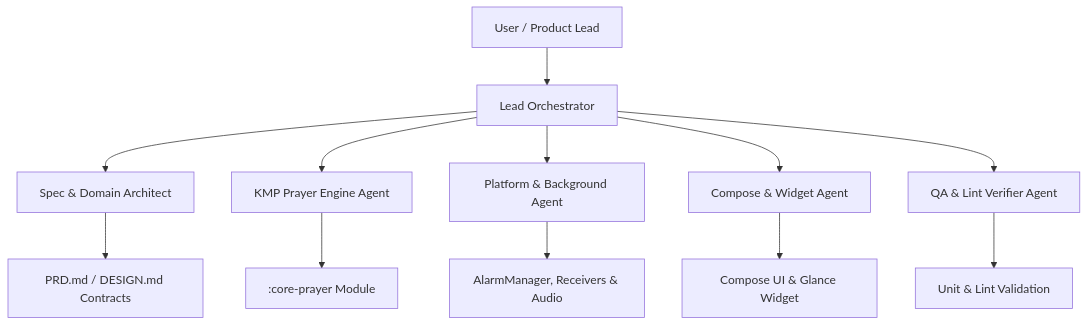
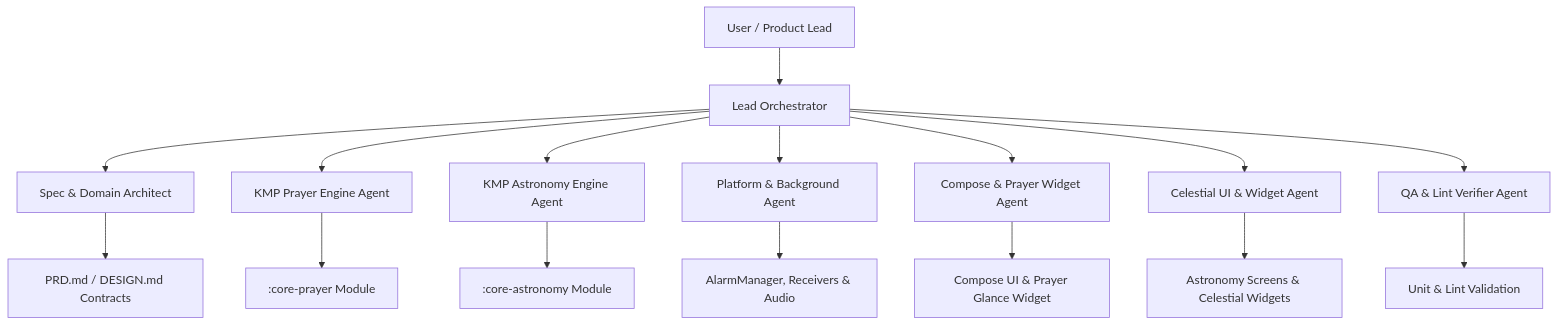
Before and after one commit to Adrian463588/AdzanPlus: the diagram in AGENTS.md, drawn with Mermaid. The commit also changed other lines of this file and 83 other files, not shown here.

Commit message:
feat: complete Sprint 2 astronomy engine, authentic adzan recordings, home widget pinning, and gradle duplicate class resolution

````diff
--- a/AGENTS.md
+++ b/AGENTS.md
@@ -14,15 +15,19 @@
 ```mermaid
 graph TD
     User["User / Product Lead"] --> LeadAgent["Lead Orchestrator"]
     LeadAgent --> Architect["Spec & Domain Architect"]
     LeadAgent --> EngineAgent["KMP Prayer Engine Agent"]
+    LeadAgent --> AstroEngineAgent["KMP Astronomy Engine Agent"]
     LeadAgent --> PlatformAgent["Platform & Background Agent"]
-    LeadAgent --> UIAgent["Compose & Widget Agent"]
+    LeadAgent --> UIAgent["Compose & Prayer Widget Agent"]
+    LeadAgent --> CelestialUIAgent["Celestial UI & Widget Agent"]
     LeadAgent --> QAAgent["QA & Lint Verifier Agent"]
-    
+
     Architect --> PRD["PRD.md / DESIGN.md Contracts"]
     EngineAgent --> CorePrayer[":core-prayer Module"]
+    AstroEngineAgent --> CoreAstronomy[":core-astronomy Module"]
     PlatformAgent --> AlarmManager["AlarmManager, Receivers & Audio"]
-    UIAgent --> ComposeScreens["Compose UI & Glance Widget"]
+    UIAgent --> ComposeScreens["Compose UI & Prayer Glance Widget"]
+    CelestialUIAgent --> AstroScreens["Astronomy Screens & Celestial Widgets"]
     QAAgent --> TestSuite["Unit & Lint Validation"]
 ```
````
